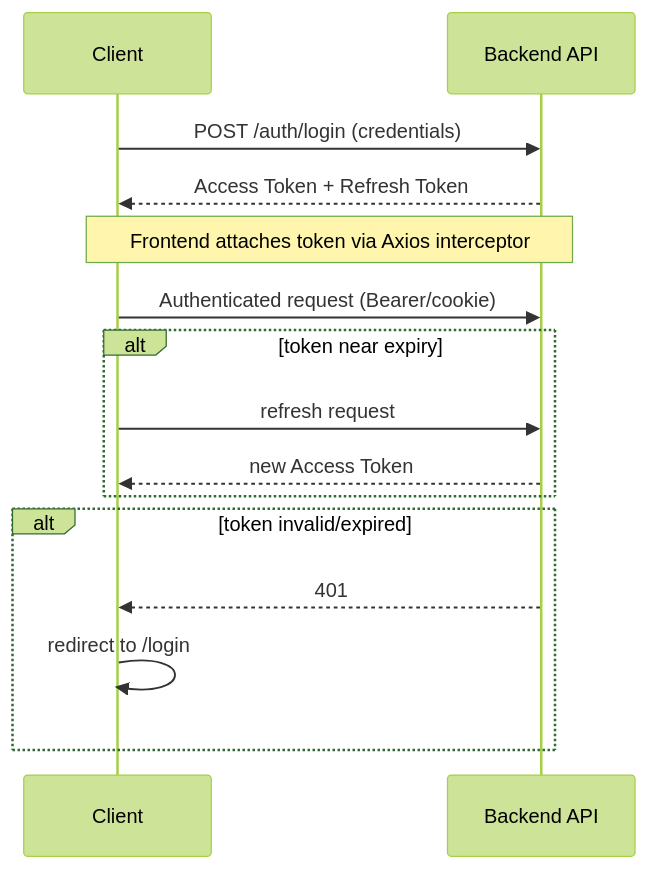
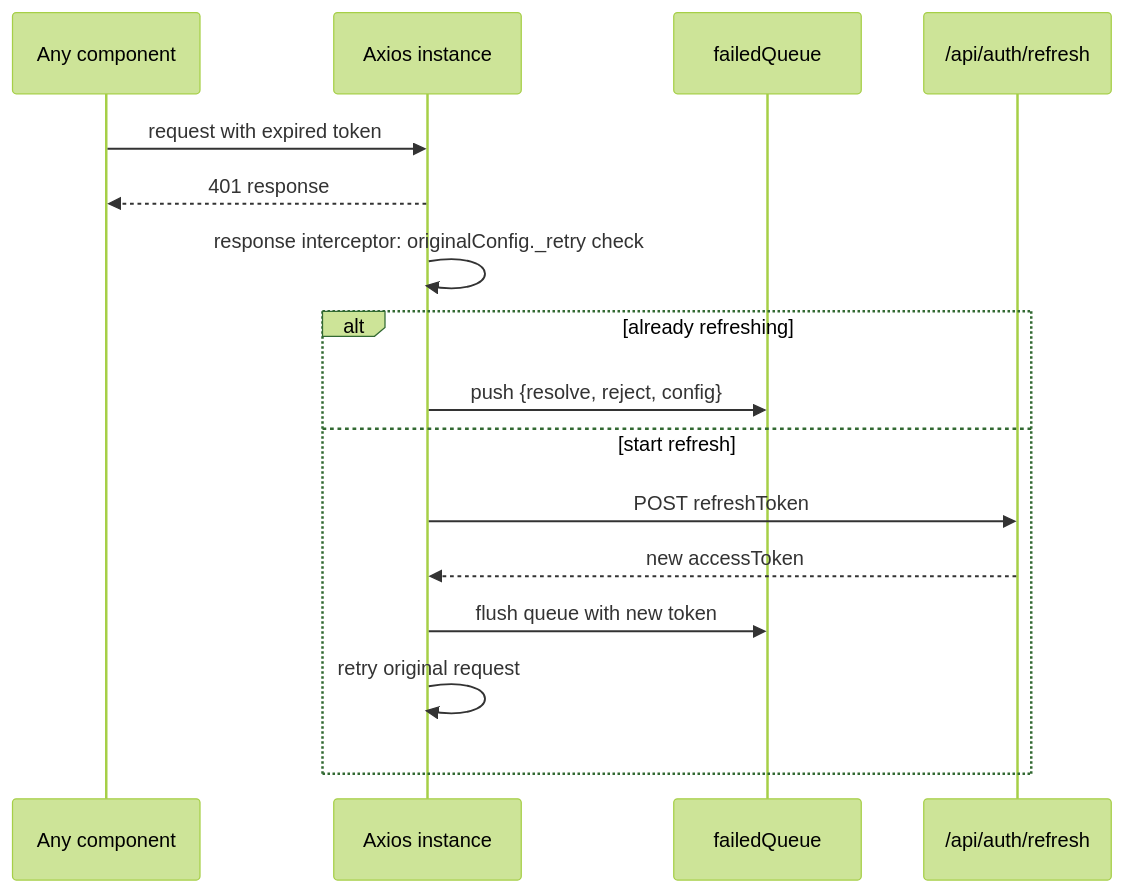
Before and after one commit to mohammed-dev-stack/ai-workflow-orchestrator: the third of 3 diagrams in frontend/README.MD, drawn with Mermaid (forest theme). The commit also changed other lines of this file, not shown here.

````diff
--- a/frontend/README.MD
+++ b/frontend/README.MD
@@ -170,17 +303,19 @@
 ```mermaid
 sequenceDiagram
-    participant Client
-    participant API as Backend API
-    Client->>API: POST /auth/login (credentials)
-    API-->>Client: Access Token + Refresh Token
-    Note over Client,API: Frontend attaches token via Axios interceptor
-    Client->>API: Authenticated request (Bearer/cookie)
-    alt token near expiry
-        Client->>API: refresh request
-        API-->>Client: new Access Token
-    end
-    alt token invalid/expired
-        API-->>Client: 401
-        Client->>Client: redirect to /login
+    participant C as Any component
+    participant AX as Axios instance
+    participant Q as failedQueue
+    participant AUTH as /api/auth/refresh
+
+    C->>AX: request with expired token
+    AX-->>C: 401 response
+    AX->>AX: response interceptor: originalConfig._retry check
+    alt already refreshing
+        AX->>Q: push {resolve, reject, config}
+    else start refresh
+        AX->>AUTH: POST refreshToken
+        AUTH-->>AX: new accessToken
+        AX->>Q: flush queue with new token
+        AX->>AX: retry original request
     end
 ```
````
